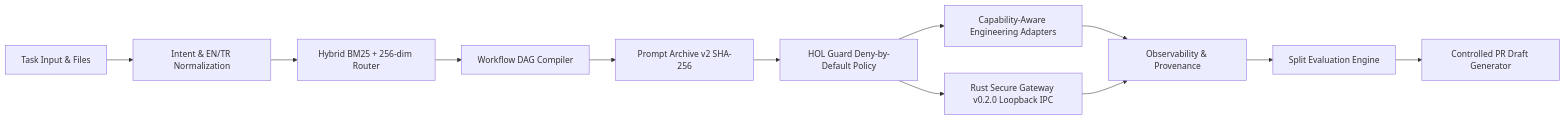
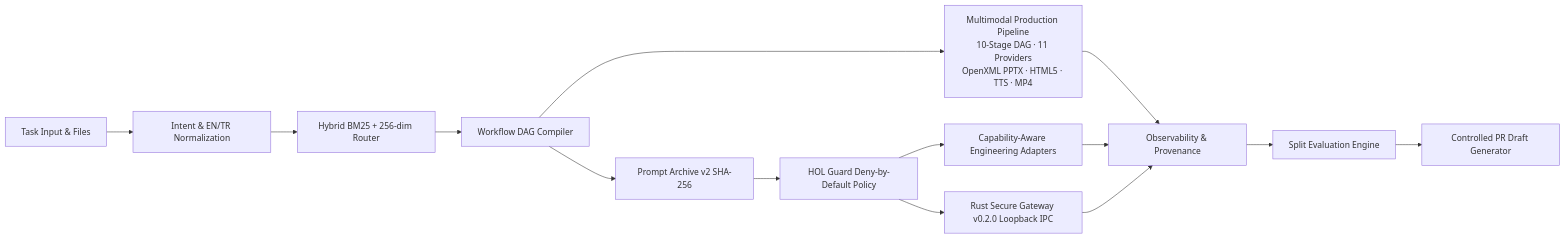
Before and after one commit to rootcastleco/rei-skills: the diagram in README.md, drawn with Mermaid. The commit also changed other lines of this file, not shown here.

Commit message:
docs(readme): reflect multimodal pipeline in architecture table and sync 1,436 counts

````diff
--- a/README.md
+++ b/README.md
@@ -38,14 +38,16 @@
 ```mermaid
 flowchart LR
     T[Task Input & Files] --> N[Intent & EN/TR Normalization]
     N --> HR[Hybrid BM25 + 256-dim Router]
     HR --> WC[Workflow DAG Compiler]
+    WC --> MM["Multimodal Production Pipeline\n10-Stage DAG · 11 Providers\nOpenXML PPTX · HTML5 · TTS · MP4"]
     WC --> PA[Prompt Archive v2 SHA-256]
     PA --> HG[HOL Guard Deny-by-Default Policy]
     HG --> EA[Capability-Aware Engineering Adapters]
     HG --> RG[Rust Secure Gateway v0.2.0 Loopback IPC]
+    MM --> OB
     EA --> OB[Observability & Provenance]
     RG --> OB
     OB --> EV[Split Evaluation Engine]
     EV --> IM[Controlled PR Draft Generator]
 ```
````
